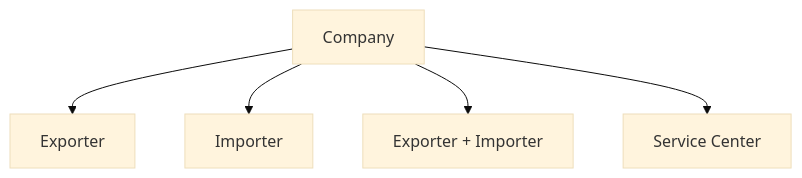
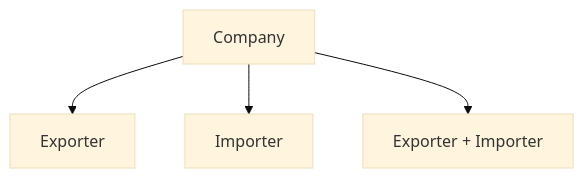
One commit to volpinivinicius/tcc-ads_controle-exportacao changed the fourth of 4 diagrams in README.md. Above: the diagram before and after it, drawn with Mermaid (base theme). The commit also changed other lines of this file and 9 other files, not shown here.

````diff
--- a/README.md
+++ b/README.md
@@ -50,9 +70,8 @@
 ```mermaid
 flowchart TD
     C[Company]
 
     C --> E[Exporter]
     C --> I[Importer]
     C --> B[Exporter + Importer]
-    C --> SC[Service Center]
 ```
````
